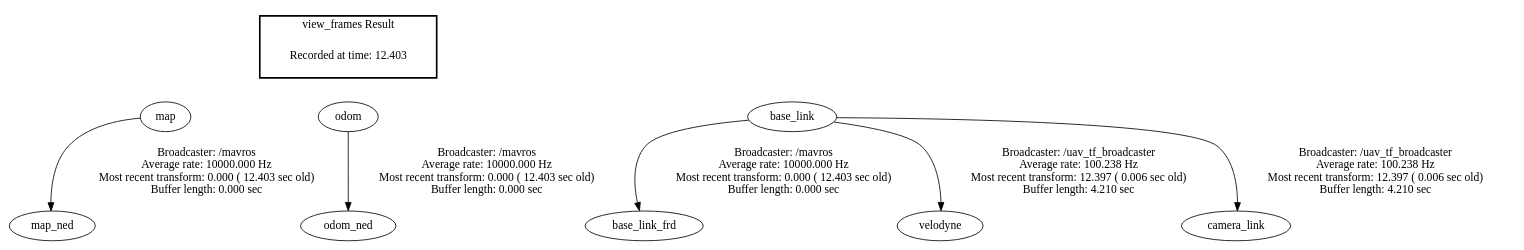
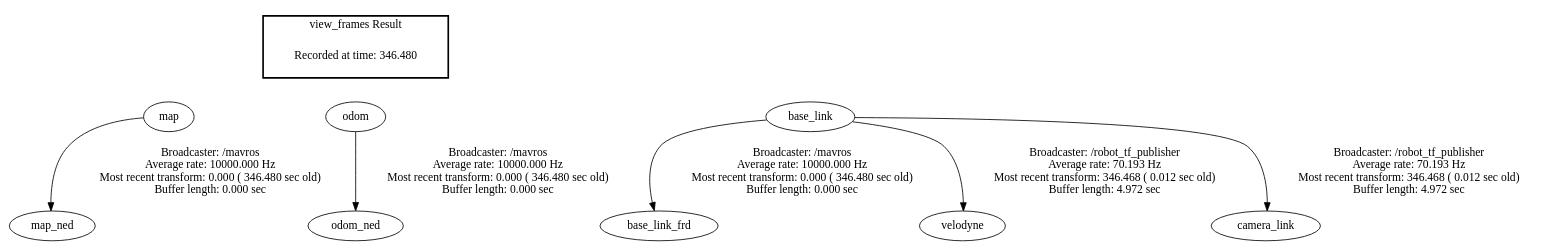
One commit to BitsRobocon/AutonomousDrone changed the diagram in robot_setup_tf/frames.gv. Above: the diagram before and after it, drawn with Graphviz. The commit also changed 3 other files, not shown here.

```diff
--- a/robot_setup_tf/frames.gv
+++ b/robot_setup_tf/frames.gv
@@ -1,19 +1,19 @@
 digraph G {
-"map" -> "map_ned"[label="Broadcaster: /mavros\nAverage rate: 10000.000 Hz\nMost recent transform: 0.000 ( 12.403 sec old)\nBuffer length: 0.000 sec\n"];
-"odom" -> "odom_ned"[label="Broadcaster: /mavros\nAverage rate: 10000.000 Hz\nMost recent transform: 0.000 ( 12.403 sec old)\nBuffer length: 0.000 sec\n"];
-"base_link" -> "base_link_frd"[label="Broadcaster: /mavros\nAverage rate: 10000.000 Hz\nMost recent transform: 0.000 ( 12.403 sec old)\nBuffer length: 0.000 sec\n"];
-"base_link" -> "velodyne"[label="Broadcaster: /uav_tf_broadcaster\nAverage rate: 100.238 Hz\nMost recent transform: 12.397 ( 0.006 sec old)\nBuffer length: 4.210 sec\n"];
-"base_link" -> "camera_link"[label="Broadcaster: /uav_tf_broadcaster\nAverage rate: 100.238 Hz\nMost recent transform: 12.397 ( 0.006 sec old)\nBuffer length: 4.210 sec\n"];
+"map" -> "map_ned"[label="Broadcaster: /mavros\nAverage rate: 10000.000 Hz\nMost recent transform: 0.000 ( 346.480 sec old)\nBuffer length: 0.000 sec\n"];
+"odom" -> "odom_ned"[label="Broadcaster: /mavros\nAverage rate: 10000.000 Hz\nMost recent transform: 0.000 ( 346.480 sec old)\nBuffer length: 0.000 sec\n"];
+"base_link" -> "base_link_frd"[label="Broadcaster: /mavros\nAverage rate: 10000.000 Hz\nMost recent transform: 0.000 ( 346.480 sec old)\nBuffer length: 0.000 sec\n"];
+"base_link" -> "velodyne"[label="Broadcaster: /robot_tf_publisher\nAverage rate: 70.193 Hz\nMost recent transform: 346.468 ( 0.012 sec old)\nBuffer length: 4.972 sec\n"];
+"base_link" -> "camera_link"[label="Broadcaster: /robot_tf_publisher\nAverage rate: 70.193 Hz\nMost recent transform: 346.468 ( 0.012 sec old)\nBuffer length: 4.972 sec\n"];
 edge [style=invis];
  subgraph cluster_legend { style=bold; color=black; label ="view_frames Result";
-"Recorded at time: 12.403"[ shape=plaintext ] ;
+"Recorded at time: 346.480"[ shape=plaintext ] ;
  }->"map";
 edge [style=invis];
  subgraph cluster_legend { style=bold; color=black; label ="view_frames Result";
-"Recorded at time: 12.403"[ shape=plaintext ] ;
+"Recorded at time: 346.480"[ shape=plaintext ] ;
  }->"odom";
 edge [style=invis];
  subgraph cluster_legend { style=bold; color=black; label ="view_frames Result";
-"Recorded at time: 12.403"[ shape=plaintext ] ;
+"Recorded at time: 346.480"[ shape=plaintext ] ;
  }->"base_link";
 }
```
